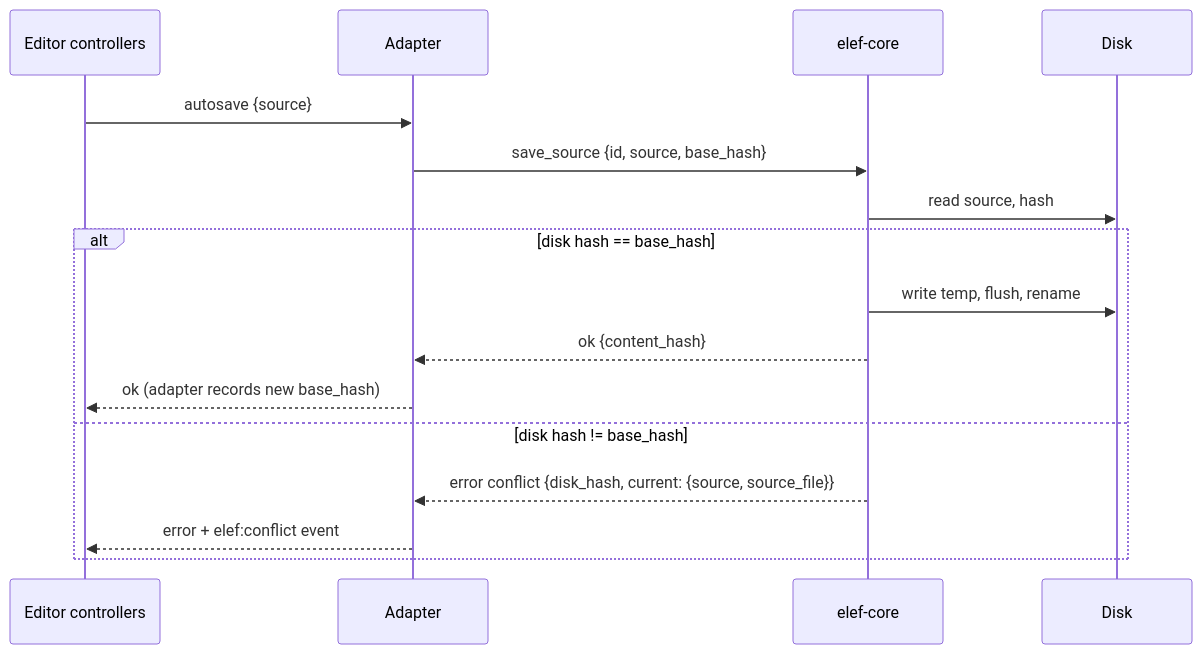
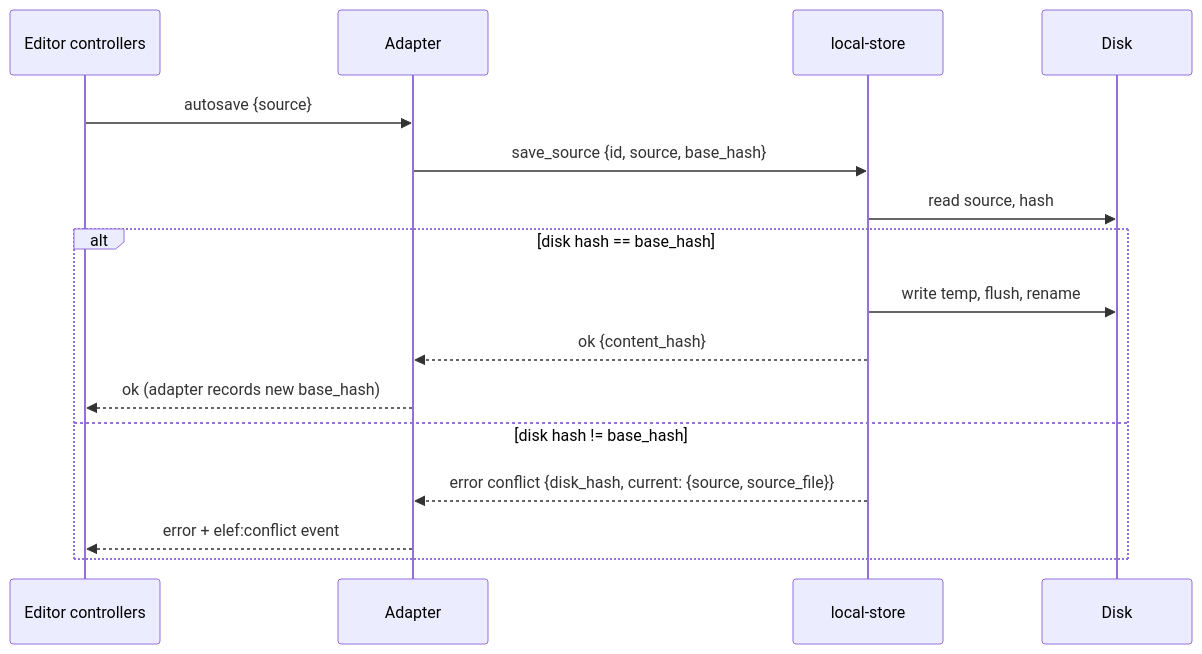
The diagram in docs/desktop/adr/008-safe-writes-and-conflict-detection.md (Hansespinosa2/elef), drawn with Mermaid before and after one commit. The commit also changed other lines of this file and 15 other files, not shown here.

````diff
--- a/docs/desktop/adr/008-safe-writes-and-conflict-detection.md
+++ b/docs/desktop/adr/008-safe-writes-and-conflict-detection.md
@@ -30,18 +30,18 @@
 ```mermaid
 sequenceDiagram
     participant E as Editor controllers
     participant A as Adapter
-    participant C as elef-core
+    participant C as local-store
     participant D as Disk
     E->>A: autosave {source}
     A->>C: save_source {id, source, base_hash}
     C->>D: read source, hash
     alt disk hash == base_hash
         C->>D: write temp, flush, rename
         C-->>A: ok {content_hash}
         A-->>E: ok (adapter records new base_hash)
     else disk hash != base_hash
         C-->>A: error conflict {disk_hash, current: {source, source_file}}
         A-->>E: error + elef:conflict event
     end
 ```
````
